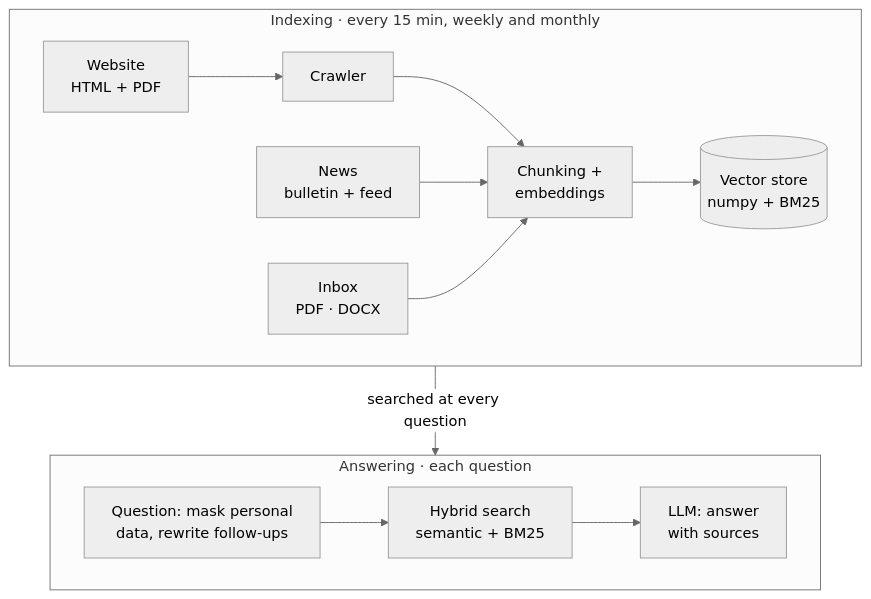
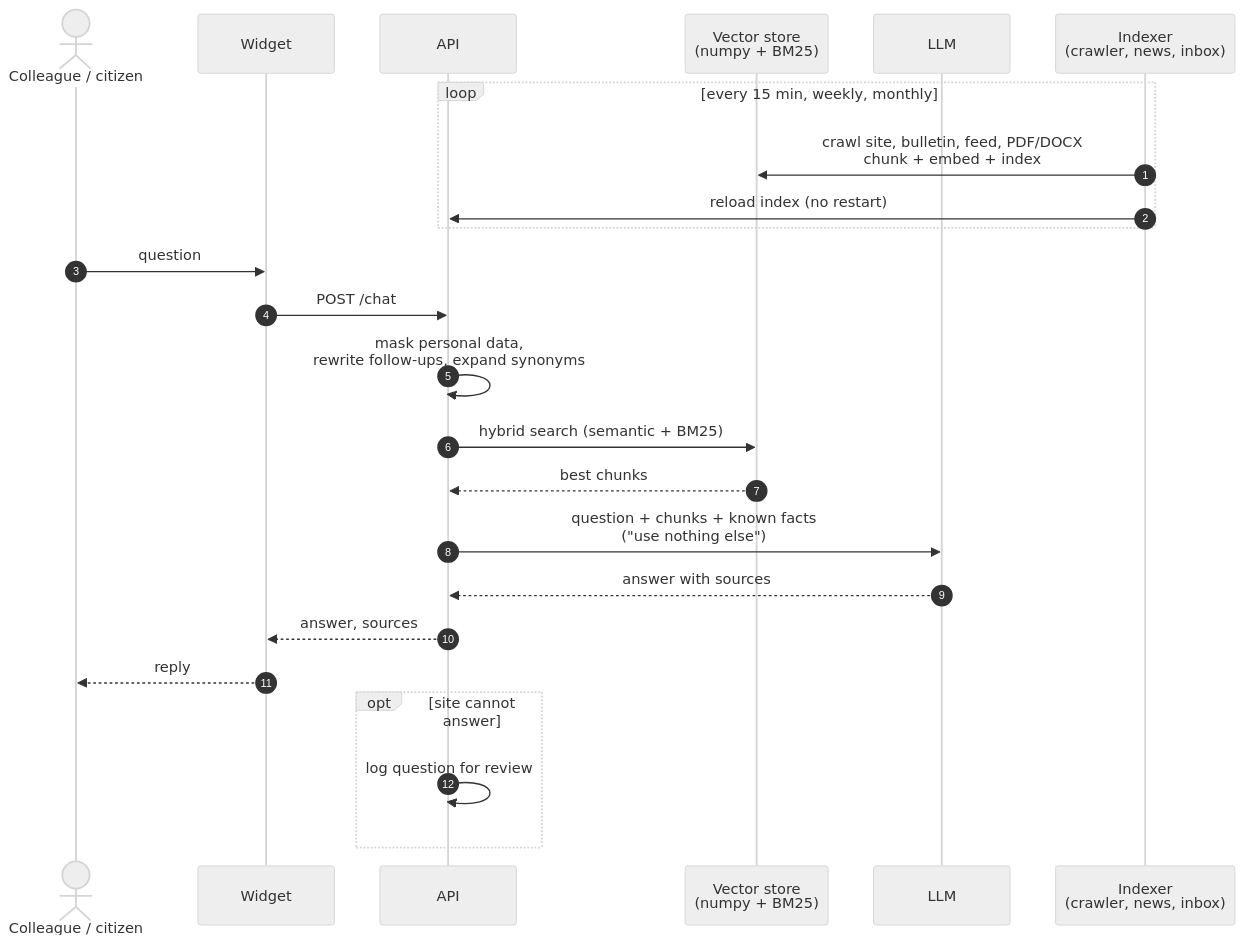
Before and after one commit to Antonio-Prado/zautte: the diagram in README.md, drawn with Mermaid (neutral theme).

Commit message:
docs: README — the «How it works» diagram becomes a UML sequence diagram

````diff
--- a/README.md
+++ b/README.md
@@ -55,14 +55,28 @@
 ```mermaid
-flowchart TB
-    subgraph IDX["Indexing · every 15 min, weekly and monthly"]
-        direction LR
-        site["Website<br/>HTML + PDF"] --> crawler["Crawler"] --> indexer["Chunking +<br/>embeddings"] --> store[("Vector store<br/>numpy + BM25")]
-        news["News<br/>bulletin + feed"] --> indexer
-        inbox["Inbox<br/>PDF · DOCX"] --> indexer
+sequenceDiagram
+    autonumber
+    actor U as Colleague / citizen
+    participant W as Widget
+    participant A as API
+    participant S as Vector store<br/>(numpy + BM25)
+    participant L as LLM
+    participant I as Indexer<br/>(crawler, news, inbox)
+
+    loop every 15 min, weekly, monthly
+        I->>S: crawl site, bulletin, feed, PDF/DOCX<br/>chunk + embed + index
+        I->>A: reload index (no restart)
     end
-    subgraph ANS["Answering · each question"]
-        direction LR
-        prep["Question: mask personal<br/>data, rewrite follow-ups"] --> search["Hybrid search<br/>semantic + BM25"] --> llm["LLM: answer<br/>with sources"]
+
+    U->>W: question
+    W->>A: POST /chat
+    A->>A: mask personal data,<br/>rewrite follow-ups, expand synonyms
+    A->>S: hybrid search (semantic + BM25)
+    S-->>A: best chunks
+    A->>L: question + chunks + known facts<br/>("use nothing else")
+    L-->>A: answer with sources
+    A-->>W: answer, sources
+    W-->>U: reply
+    opt site cannot answer
+        A->>A: log question for review
     end
-    IDX -- "searched at every question" --> ANS
 ```
````
